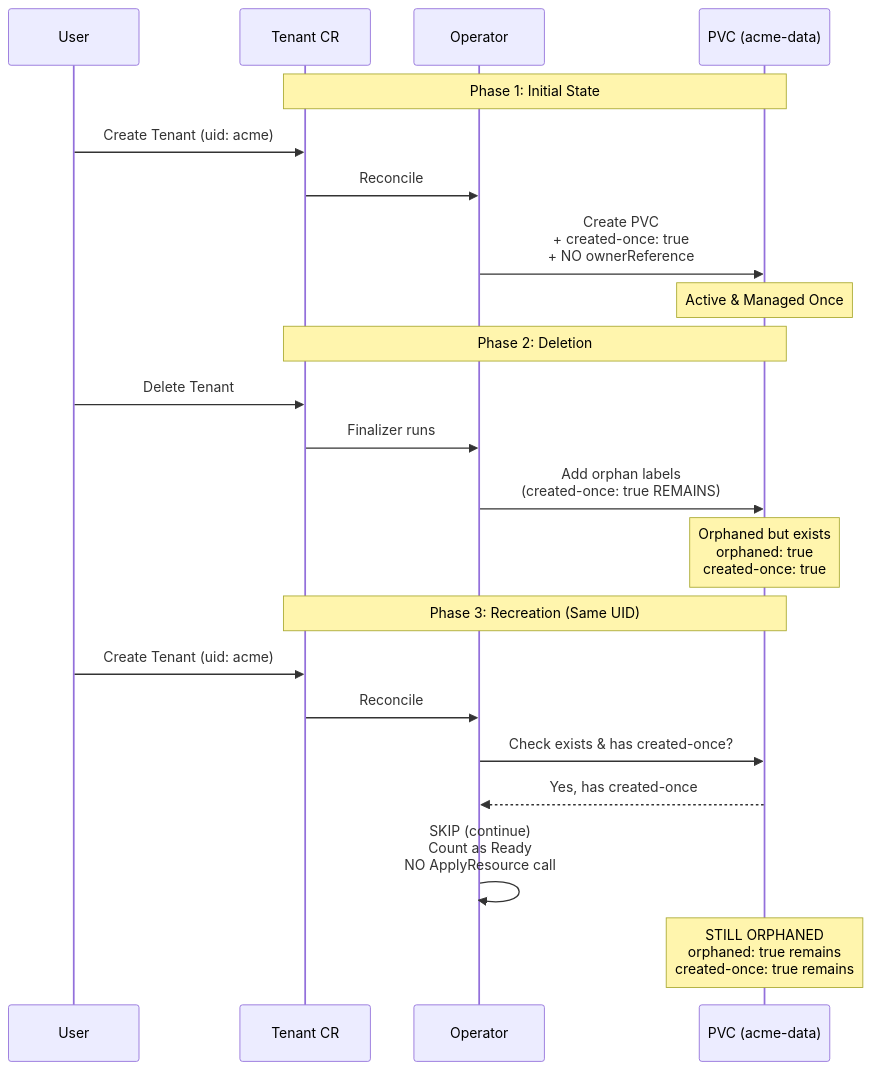
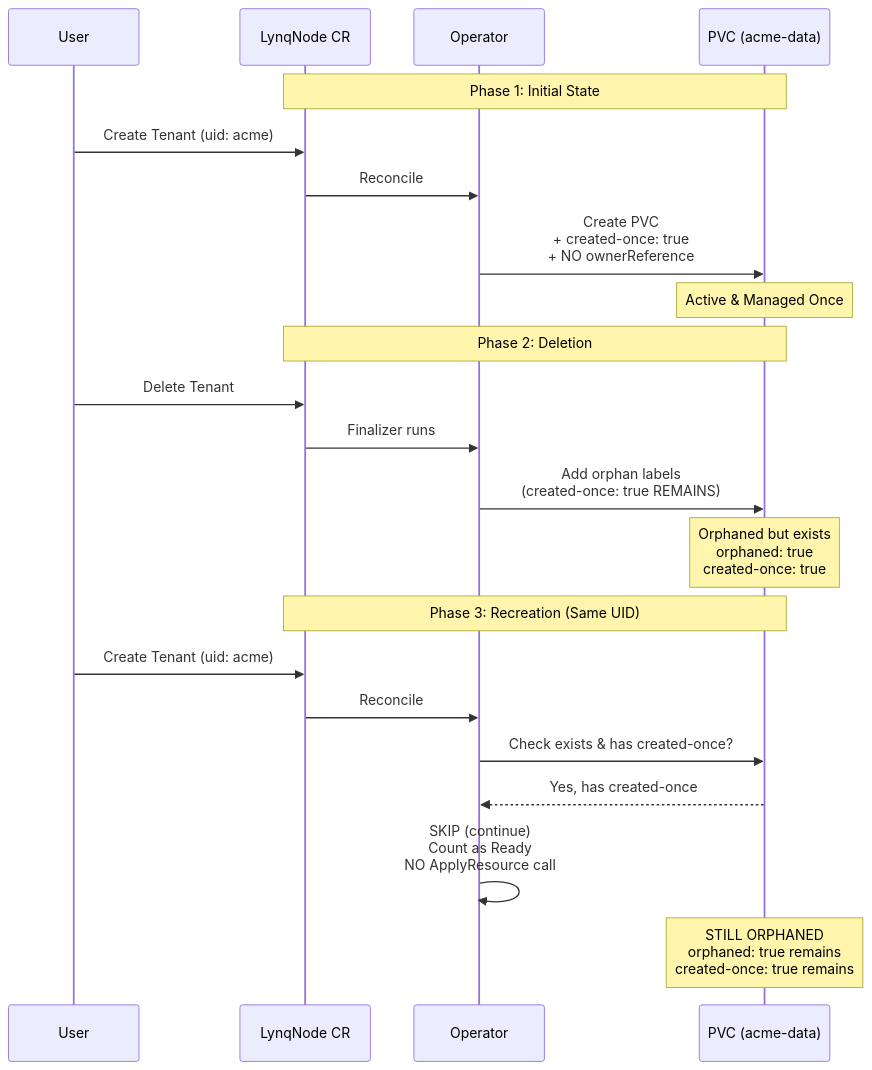
One commit to kubernetes-tenants/tenant-operator changed the second of 7 diagrams in docs/policies-examples.md. Above: the diagram before and after it, drawn with Mermaid. The commit also changed other lines of this file and 20 other files, not shown here.

Commit message:
Update documentation to use LynqNode instead of Tenant

````diff
--- a/docs/policies-examples.md
+++ b/docs/policies-examples.md
@@ -119,27 +119,27 @@
 ```mermaid
 sequenceDiagram
     participant User
-    participant Tenant as Tenant CR
+    participant Tenant as LynqNode CR
     participant Operator
     participant PVC as PVC (acme-data)
 
     Note over Tenant,PVC: Phase 1: Initial State
     User->>Tenant: Create Tenant (uid: acme)
     Tenant->>Operator: Reconcile
     Operator->>PVC: Create PVC<br/>+ created-once: true<br/>+ NO ownerReference
     Note over PVC: Active & Managed Once
 
     Note over Tenant,PVC: Phase 2: Deletion
     User->>Tenant: Delete Tenant
     Tenant->>Operator: Finalizer runs
     Operator->>PVC: Add orphan labels<br/>(created-once: true REMAINS)
     Note over PVC: Orphaned but exists<br/>orphaned: true<br/>created-once: true
 
     Note over Tenant,PVC: Phase 3: Recreation (Same UID)
     User->>Tenant: Create Tenant (uid: acme)
     Tenant->>Operator: Reconcile
     Operator->>PVC: Check exists & has created-once?
     PVC-->>Operator: Yes, has created-once
     Operator->>Operator: SKIP (continue)<br/>Count as Ready<br/>NO ApplyResource call
     Note over PVC: STILL ORPHANED<br/>orphaned: true remains<br/>created-once: true remains
 ```
````
